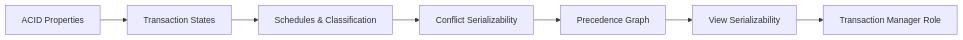
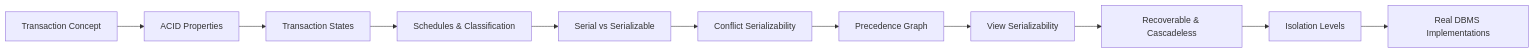
One commit to Raushan666java/ai-engineering-journey changed the diagram in docs/courses/database-management-systems/09-transactions.md. Above: the diagram before and after it, drawn with Mermaid. The commit also changed other lines of this file and 18 other files, not shown here.

````diff
--- a/docs/courses/database-management-systems/09-transactions.md
+++ b/docs/courses/database-management-systems/09-transactions.md
@@ -26,9 +31,13 @@
 ```mermaid
 flowchart LR
-    A[ACID Properties] --> B[Transaction States]
-    B --> C[Schedules & Classification]
-    C --> D[Conflict Serializability]
-    D --> E[Precedence Graph]
-    E --> F[View Serializability]
-    F --> G[Transaction Manager Role]
+    A[Transaction Concept] --> B[ACID Properties]
+    B --> C[Transaction States]
+    C --> D[Schedules & Classification]
+    D --> E[Serial vs Serializable]
+    E --> F[Conflict Serializability]
+    F --> G[Precedence Graph]
+    G --> H[View Serializability]
+    H --> I[Recoverable & Cascadeless]
+    I --> J[Isolation Levels]
+    J --> K[Real DBMS Implementations]
 ```
````
